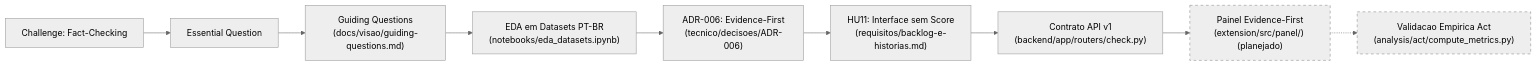
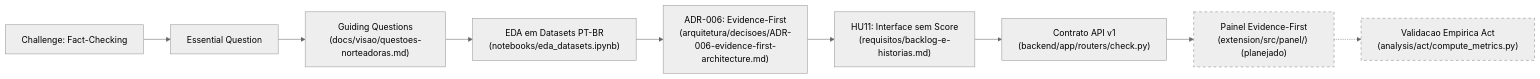
The second of 4 diagrams in docs/visao/mapa-do-projeto.md (evidencia-grupo/documentation), drawn with Mermaid (neutral theme) before and after one commit. The commit also changed other lines of this file and 27 other files, not shown here.

Commit message:
refactor(docs): padronizar nomes de arquivos para clean architecture e rastreabilidade

````diff
--- a/docs/visao/mapa-do-projeto.md
+++ b/docs/visao/mapa-do-projeto.md
@@ -63,14 +63,14 @@
 ```mermaid
 flowchart LR
     CH["Challenge: Fact-Checking"] --> EQ["Essential Question"]
-    EQ --> GQs["Guiding Questions<br/>(docs/visao/guiding-questions.md)"]
+    EQ --> GQs["Guiding Questions<br/>(docs/visao/questoes-norteadoras.md)"]
     GQs --> EDA["EDA em Datasets PT-BR<br/>(notebooks/eda_datasets.ipynb)"]
-    EDA --> ADR["ADR-006: Evidence-First<br/>(tecnico/decisoes/ADR-006)"]
+    EDA --> ADR["ADR-006: Evidence-First<br/>(arquitetura/decisoes/ADR-006-evidence-first-architecture.md)"]
     ADR --> HU["HU11: Interface sem Score<br/>(requisitos/backlog-e-historias.md)"]
     HU --> API["Contrato API v1<br/>(backend/app/routers/check.py)"]
     API --> UI["Painel Evidence-First<br/>(extension/src/panel/) (planejado)"]
     UI -.-> ACT["Validacao Empirica Act<br/>(analysis/act/compute_metrics.py)"]
 
     style UI stroke-dasharray: 5 5,stroke:#888
     style ACT stroke-dasharray: 5 5,stroke:#888
 ```
````
